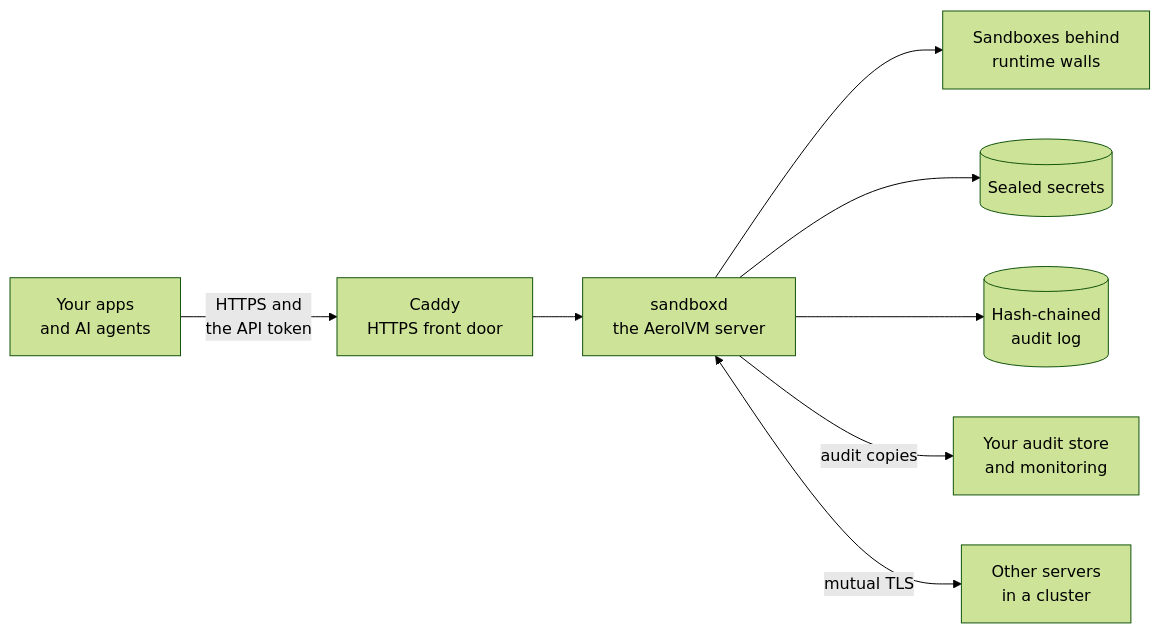
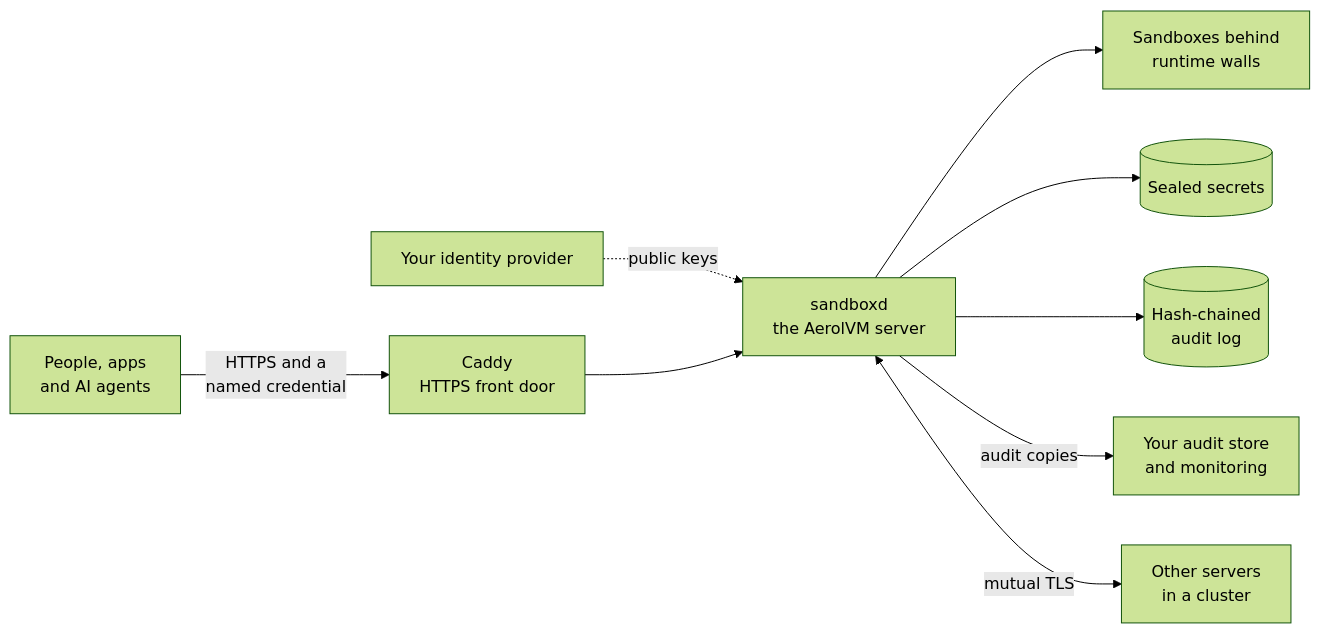
Before and after one commit to aerol-ai/microvm: the second of 3 diagrams in docs/src/content/docs/enterprise/index.mdx, drawn with Mermaid (forest theme). The commit also changed other lines of this file and 15 other files, not shown here.

````diff
--- a/docs/src/content/docs/enterprise/index.mdx
+++ b/docs/src/content/docs/enterprise/index.mdx
@@ -48,10 +48,11 @@
 ```mermaid
 flowchart LR
-    Apps["Your apps<br/>and AI agents"] -- "HTTPS and<br/>the API token" --> Caddy["Caddy<br/>HTTPS front door"]
+    Apps["People, apps<br/>and AI agents"] -- "HTTPS and a<br/>named credential" --> Caddy["Caddy<br/>HTTPS front door"]
+    IdP["Your identity provider"] -. "public keys" .-> D
     Caddy --> D["sandboxd<br/>the AerolVM server"]
     D --> S["Sandboxes behind<br/>runtime walls"]
     D --> Vault[("Sealed secrets")]
     D --> Log[("Hash-chained<br/>audit log")]
     D -- "audit copies" --> Yours["Your audit store<br/>and monitoring"]
     D <-- "mutual TLS" --> Peers["Other servers<br/>in a cluster"]
 ```
````
